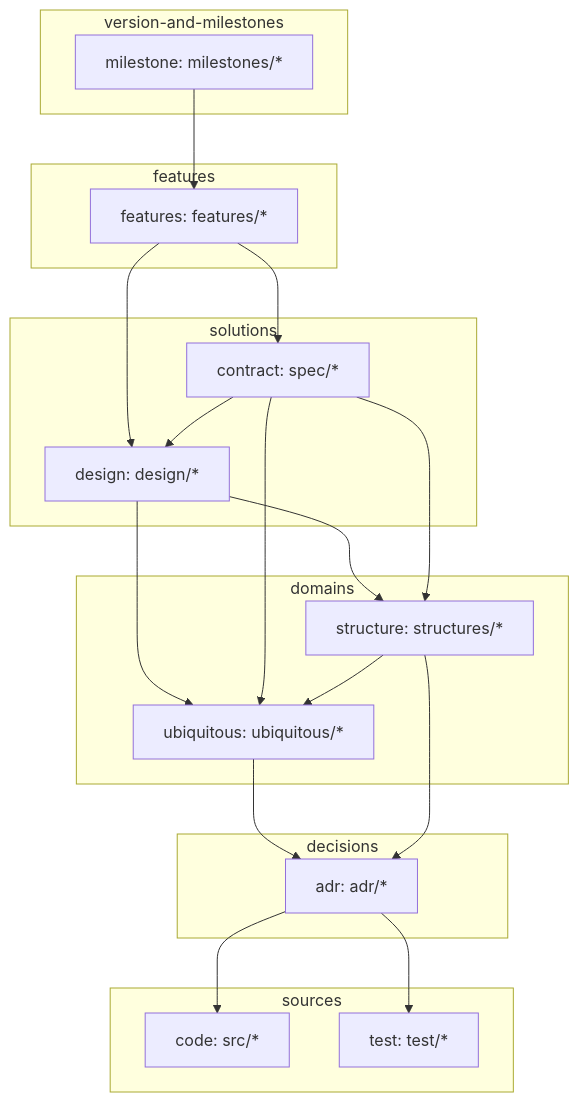
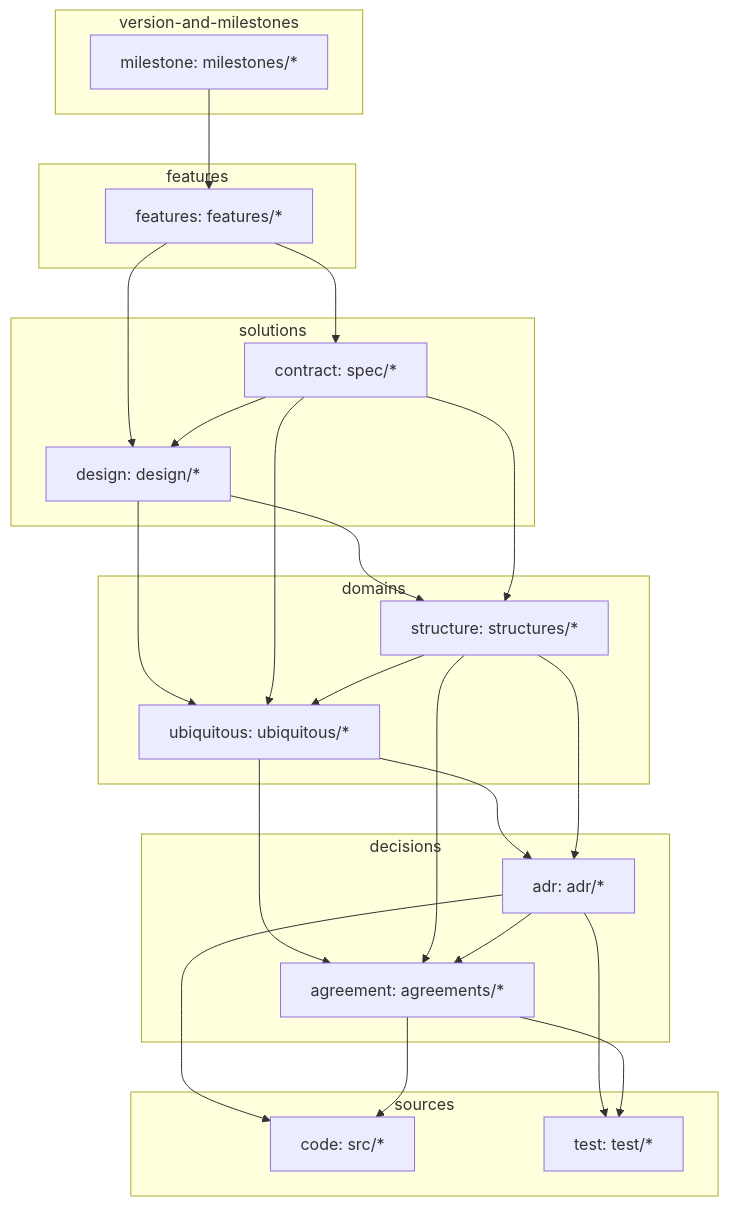
Before and after one commit to gameundwatch/periplus: the diagram in docs/overview.md, drawn with Mermaid. The commit also changed other lines of this file, not shown here.

Commit message:
add: L5 に agreement を足す
トレードオフの無い取り決めを adr と分ける。

````diff
--- a/docs/overview.md
+++ b/docs/overview.md
@@ -9,45 +9,51 @@
 ```mermaid
 flowchart TD
 
     subgraph L1[version-and-milestones]
         milestone[milestone: milestones/*]
     end
 
     subgraph L2[features]
         feature[features: features/*]
     end
 
     subgraph L3[solutions]
         design[design: design/*]
         contract[contract: spec/*]
     end
 
     subgraph L4[domains]
         ubiquitous[ubiquitous: ubiquitous/*]
         structure[structure: structures/*]
     end
 
     subgraph L5[decisions]
         adr[adr: adr/*]
+        agreement[agreement: agreements/*]
     end
 
     subgraph L6[sources]
         code[code: src/*]
         test[test: test/*]
     end
 
     milestone --> feature
     feature --> design
     feature --> contract
     contract --> design
     design --> ubiquitous
     design --> structure
     contract --> ubiquitous
     contract --> structure
     structure --> ubiquitous
     ubiquitous --> adr
     structure --> adr
+    ubiquitous --> agreement
+    structure --> agreement
+    adr --> agreement
     adr --> code
     adr --> test
+    agreement --> code
+    agreement --> test
 
 ```
````
